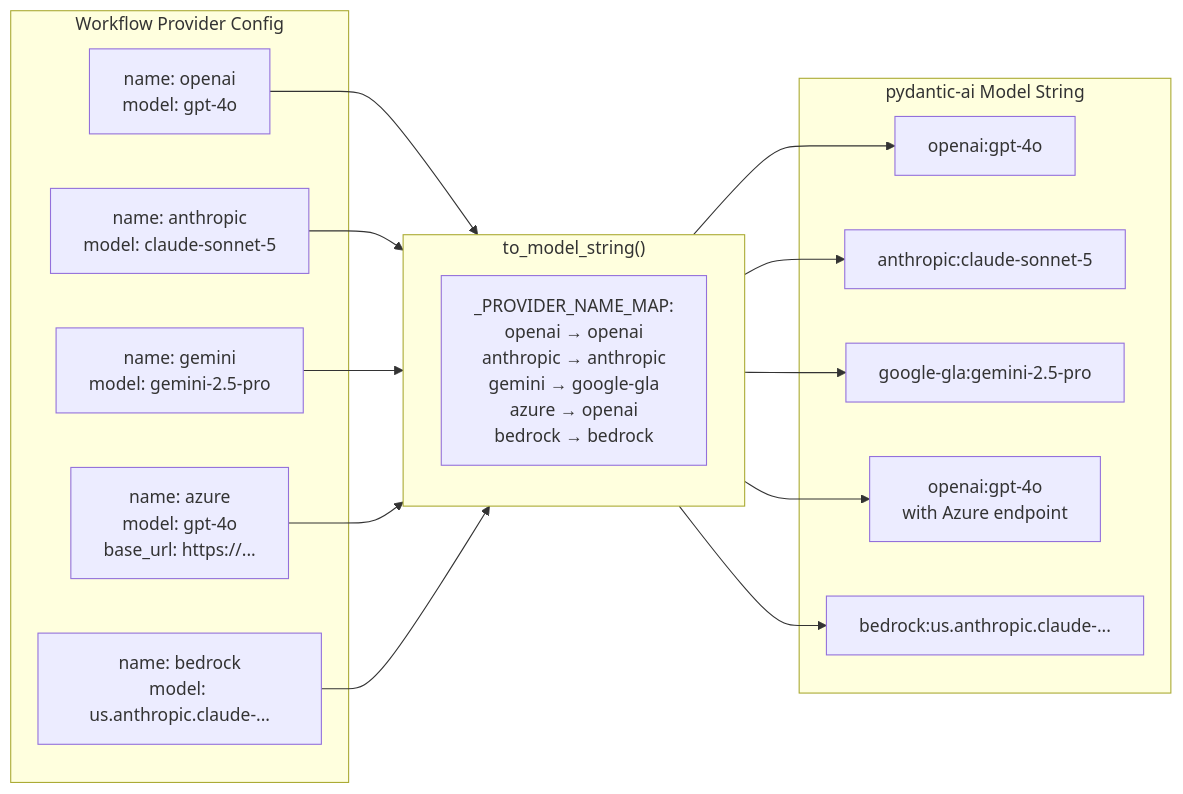
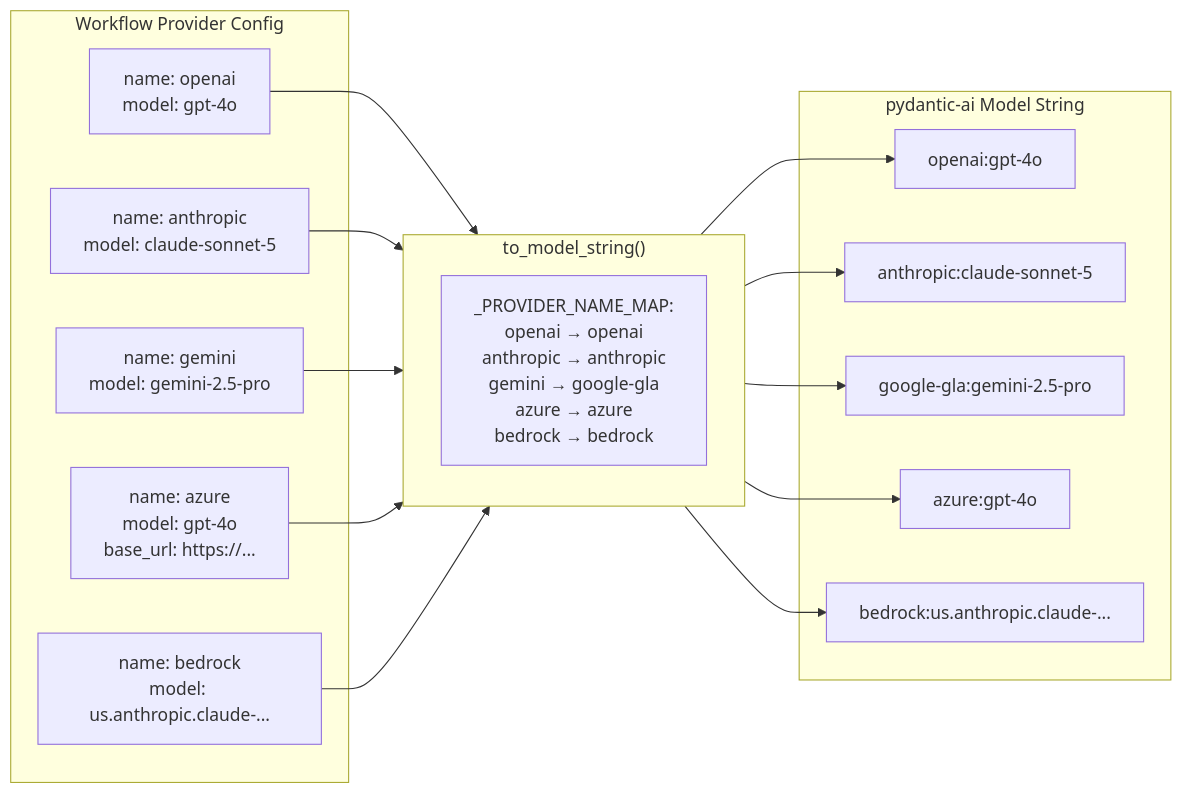
Before and after one commit to jameswnl/lightspeed-cloud-agents: the fourth of 6 diagrams in docs/tool-registry-architecture.md, drawn with Mermaid. The commit also changed other lines of this file, not shown here.

First line of the commit message:
Fix remaining diagram inaccuracies

````diff
--- a/docs/tool-registry-architecture.md
+++ b/docs/tool-registry-architecture.md
@@ -139,28 +139,28 @@
 ```mermaid
 flowchart LR
     subgraph input["Workflow Provider Config"]
         openai_in["name: openai<br/>model: gpt-4o"]
         anthropic_in["name: anthropic<br/>model: claude-sonnet-5"]
         gemini_in["name: gemini<br/>model: gemini-2.5-pro"]
         azure_in["name: azure<br/>model: gpt-4o<br/>base_url: https://..."]
         bedrock_in["name: bedrock<br/>model: us.anthropic.claude-..."]
     end
 
     subgraph mapper["to_model_string()"]
-        map["_PROVIDER_NAME_MAP:<br/>openai → openai<br/>anthropic → anthropic<br/>gemini → google-gla<br/>azure → openai<br/>bedrock → bedrock"]
+        map["_PROVIDER_NAME_MAP:<br/>openai → openai<br/>anthropic → anthropic<br/>gemini → google-gla<br/>azure → azure<br/>bedrock → bedrock"]
     end
 
     subgraph output["pydantic-ai Model String"]
         openai_out["openai:gpt-4o"]
         anthropic_out["anthropic:claude-sonnet-5"]
         gemini_out["google-gla:gemini-2.5-pro"]
-        azure_out["openai:gpt-4o<br/>with Azure endpoint"]
+        azure_out["azure:gpt-4o"]
         bedrock_out["bedrock:us.anthropic.claude-..."]
     end
 
     openai_in --> mapper --> openai_out
     anthropic_in --> mapper --> anthropic_out
     gemini_in --> mapper --> gemini_out
     azure_in --> mapper --> azure_out
     bedrock_in --> mapper --> bedrock_out
 ```
````
